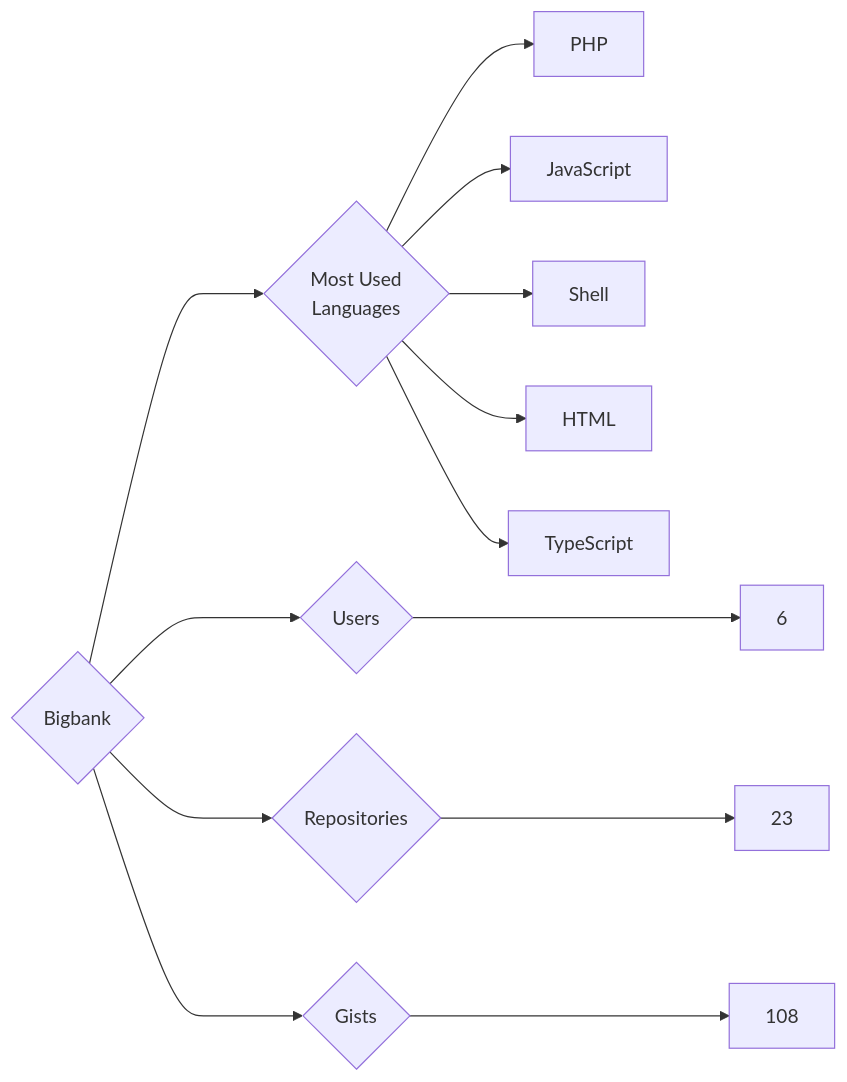
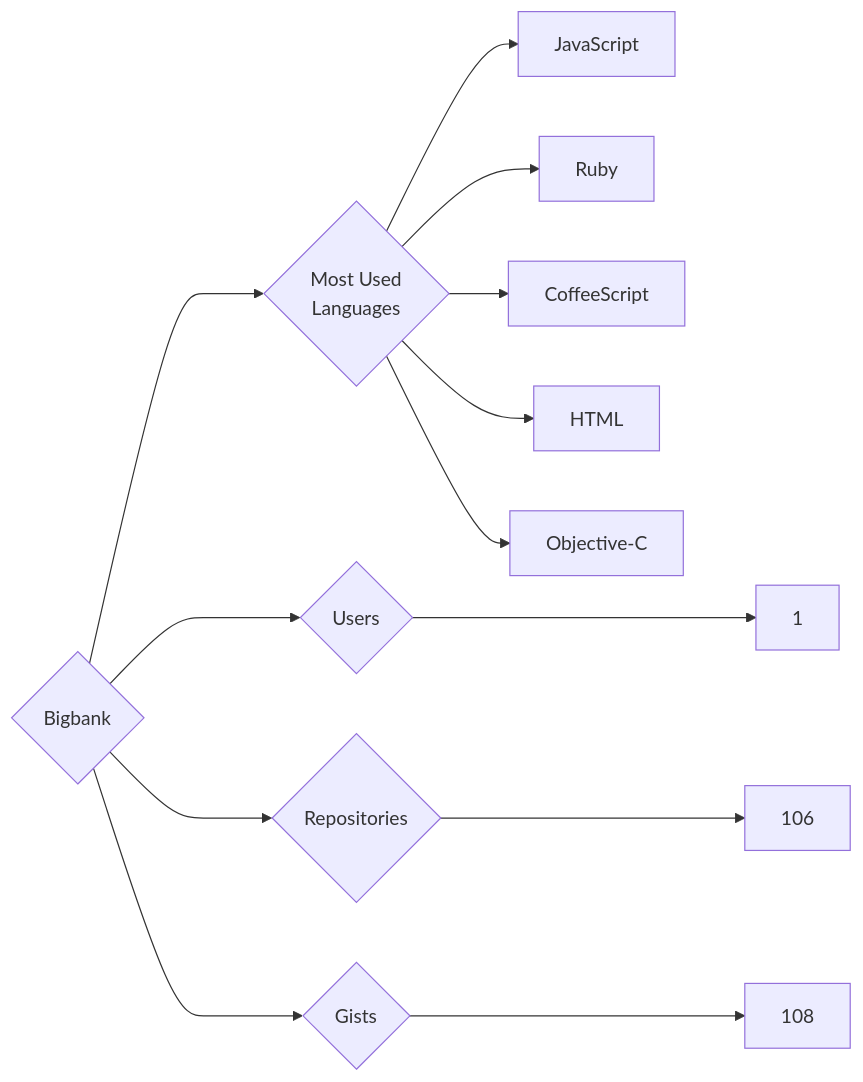
The diagram in targets/Bigbank/README.md (trickest/insiders), drawn with Mermaid before and after one commit. The commit also changed 745 other files, not shown here.

````diff
--- a/targets/Bigbank/README.md
+++ b/targets/Bigbank/README.md
@@ -3,13 +3,13 @@
 ```mermaid
 graph LR
 COMPANY_NAME{Bigbank}
-COMPANY_NAME ---> U{Users} ---> UN[6]
-COMPANY_NAME ---> R{Repositories} ---> RN[23]
+COMPANY_NAME ---> U{Users} ---> UN[1]
+COMPANY_NAME ---> R{Repositories} ---> RN[106]
 COMPANY_NAME ---> G{Gists} ---> GN[108]
 COMPANY_NAME ---> ML{Most Used<br>Languages}
-ML --> PHP[PHP]
 ML --> JavaScript[JavaScript]
-ML --> Shell[Shell]
+ML --> Ruby[Ruby]
+ML --> CoffeeScript[CoffeeScript]
 ML --> HTML[HTML]
-ML --> TypeScript[TypeScript]
+ML --> Objective-C[Objective-C]
 ```
````
